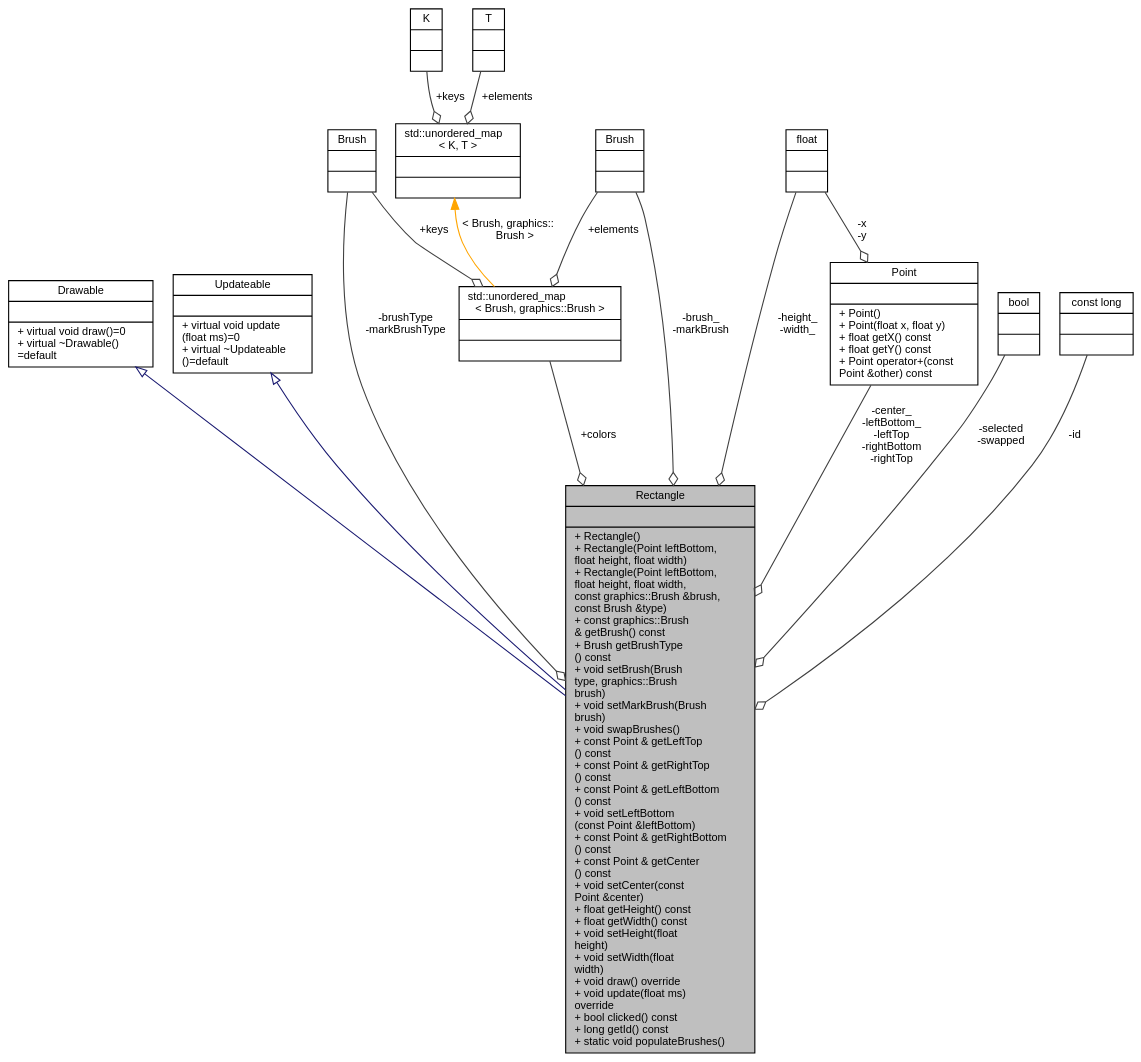
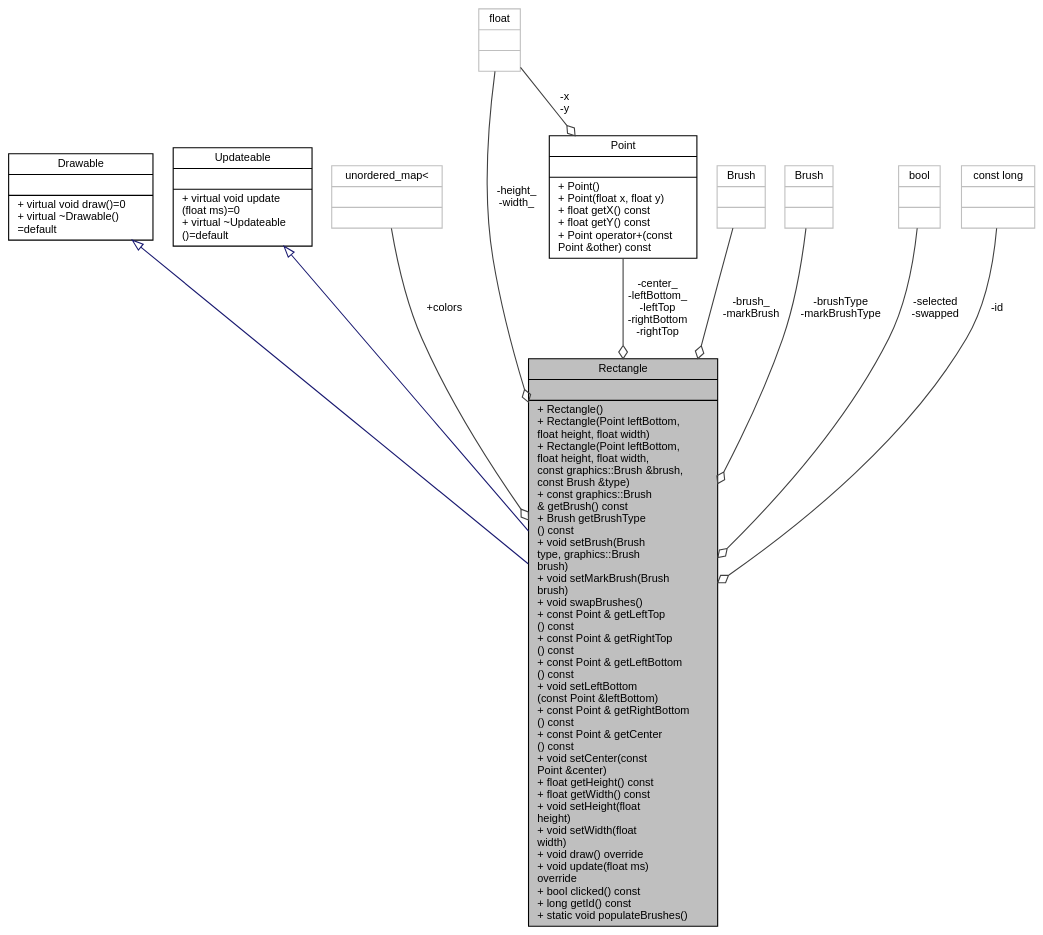
The diagram in db/dea/classRectangle__coll__graph.dot (iliaskap12/chess), drawn with Graphviz before and after one commit. The commit also changed 428 other files, not shown here.

```diff
--- a/db/dea/classRectangle__coll__graph.dot
+++ b/db/dea/classRectangle__coll__graph.dot
@@ -1,35 +1,27 @@
 digraph "Rectangle"
 {
  // LATEX_PDF_SIZE
   bgcolor="transparent";
   edge [fontname="Helvetica",fontsize="10",labelfontname="Helvetica",labelfontsize="10"];
   node [fontname="Helvetica",fontsize="10",shape=record];
   Node1 [label="{Rectangle\n||+  Rectangle()\l+  Rectangle(Point leftBottom,\l float height, float width)\l+  Rectangle(Point leftBottom,\l float height, float width,\l const graphics::Brush &brush,\l const Brush &type)\l+ const graphics::Brush\l & getBrush() const\l+ Brush getBrushType\l() const\l+ void setBrush(Brush\l type, graphics::Brush\l brush)\l+ void setMarkBrush(Brush\l brush)\l+ void swapBrushes()\l+ const Point & getLeftTop\l() const\l+ const Point & getRightTop\l() const\l+ const Point & getLeftBottom\l() const\l+ void setLeftBottom\l(const Point &leftBottom)\l+ const Point & getRightBottom\l() const\l+ const Point & getCenter\l() const\l+ void setCenter(const\l Point &center)\l+ float getHeight() const\l+ float getWidth() const\l+ void setHeight(float\l height)\l+ void setWidth(float\l width)\l+ void draw() override\l+ void update(float ms)\l override\l+ bool clicked() const\l+ long getId() const\l+ static void populateBrushes()\l}",height=0.2,width=0.4,color="black", fillcolor="grey75", style="filled", fontcolor="black",tooltip=" "];
   Node2 -> Node1 [dir="back",color="midnightblue",fontsize="10",style="solid",arrowtail="onormal",fontname="Helvetica"];
   Node2 [label="{Drawable\n||+ virtual void draw()=0\l+ virtual ~Drawable()\l=default\l}",height=0.2,width=0.4,color="black",URL="$de/db8/classDrawable.html",tooltip=" "];
   Node3 -> Node1 [dir="back",color="midnightblue",fontsize="10",style="solid",arrowtail="onormal",fontname="Helvetica"];
   Node3 [label="{Updateable\n||+ virtual void update\l(float ms)=0\l+ virtual ~Updateable\l()=default\l}",height=0.2,width=0.4,color="black",URL="$d2/d7d/classUpdateable.html",tooltip=" "];
   Node4 -> Node1 [color="grey25",fontsize="10",style="solid",label=" +colors" ,arrowhead="odiamond",fontname="Helvetica"];
-  Node4 [label="{std::unordered_map\l\< Brush, graphics::Brush \>\n||}",height=0.2,width=0.4,color="black",tooltip=" "];
-  Node5 -> Node4 [color="grey25",fontsize="10",style="solid",label=" +keys" ,arrowhead="odiamond",fontname="Helvetica"];
-  Node5 [label="{Brush\n||}",height=0.2,width=0.4,color="black",tooltip=" "];
-  Node6 -> Node4 [color="grey25",fontsize="10",style="solid",label=" +elements" ,arrowhead="odiamond",fontname="Helvetica"];
-  Node6 [label="{Brush\n||}",height=0.2,width=0.4,color="black",tooltip=" "];
-  Node7 -> Node4 [dir="back",color="orange",fontsize="10",style="solid",label=" \< Brush, graphics::\lBrush \>" ,fontname="Helvetica"];
-  Node7 [label="{std::unordered_map\l\< K, T \>\n||}",height=0.2,width=0.4,color="black",tooltip=" "];
-  Node8 -> Node7 [color="grey25",fontsize="10",style="solid",label=" +keys" ,arrowhead="odiamond",fontname="Helvetica"];
-  Node8 [label="{K\n||}",height=0.2,width=0.4,color="black",tooltip=" "];
-  Node9 -> Node7 [color="grey25",fontsize="10",style="solid",label=" +elements" ,arrowhead="odiamond",fontname="Helvetica"];
-  Node9 [label="{T\n||}",height=0.2,width=0.4,color="black",tooltip=" "];
-  Node10 -> Node1 [color="grey25",fontsize="10",style="solid",label=" -center_\n-leftBottom_\n-leftTop\n-rightBottom\n-rightTop" ,arrowhead="odiamond",fontname="Helvetica"];
-  Node10 [label="{Point\n||+  Point()\l+  Point(float x, float y)\l+ float getX() const\l+ float getY() const\l+ Point operator+(const\l Point &other) const\l}",height=0.2,width=0.4,color="black",URL="$dc/d4f/classPoint.html",tooltip=" "];
-  Node11 -> Node10 [color="grey25",fontsize="10",style="solid",label=" -x\n-y" ,arrowhead="odiamond",fontname="Helvetica"];
-  Node11 [label="{float\n||}",height=0.2,width=0.4,color="black",tooltip=" "];
-  Node11 -> Node1 [color="grey25",fontsize="10",style="solid",label=" -height_\n-width_" ,arrowhead="odiamond",fontname="Helvetica"];
-  Node6 -> Node1 [color="grey25",fontsize="10",style="solid",label=" -brush_\n-markBrush" ,arrowhead="odiamond",fontname="Helvetica"];
-  Node5 -> Node1 [color="grey25",fontsize="10",style="solid",label=" -brushType\n-markBrushType" ,arrowhead="odiamond",fontname="Helvetica"];
-  Node12 -> Node1 [color="grey25",fontsize="10",style="solid",label=" -selected\n-swapped" ,arrowhead="odiamond",fontname="Helvetica"];
-  Node12 [label="{bool\n||}",height=0.2,width=0.4,color="black",tooltip=" "];
-  Node13 -> Node1 [color="grey25",fontsize="10",style="solid",label=" -id" ,arrowhead="odiamond",fontname="Helvetica"];
-  Node13 [label="{const long\n||}",height=0.2,width=0.4,color="black",tooltip=" "];
+  Node4 [label="{unordered_map\<\n||}",height=0.2,width=0.4,color="grey75",tooltip=" "];
+  Node5 -> Node1 [color="grey25",fontsize="10",style="solid",label=" -center_\n-leftBottom_\n-leftTop\n-rightBottom\n-rightTop" ,arrowhead="odiamond",fontname="Helvetica"];
+  Node5 [label="{Point\n||+  Point()\l+  Point(float x, float y)\l+ float getX() const\l+ float getY() const\l+ Point operator+(const\l Point &other) const\l}",height=0.2,width=0.4,color="black",URL="$dc/d4f/classPoint.html",tooltip=" "];
+  Node6 -> Node5 [color="grey25",fontsize="10",style="solid",label=" -x\n-y" ,arrowhead="odiamond",fontname="Helvetica"];
+  Node6 [label="{float\n||}",height=0.2,width=0.4,color="grey75",tooltip=" "];
+  Node6 -> Node1 [color="grey25",fontsize="10",style="solid",label=" -height_\n-width_" ,arrowhead="odiamond",fontname="Helvetica"];
+  Node7 -> Node1 [color="grey25",fontsize="10",style="solid",label=" -brush_\n-markBrush" ,arrowhead="odiamond",fontname="Helvetica"];
+  Node7 [label="{Brush\n||}",height=0.2,width=0.4,color="grey75",tooltip=" "];
+  Node8 -> Node1 [color="grey25",fontsize="10",style="solid",label=" -brushType\n-markBrushType" ,arrowhead="odiamond",fontname="Helvetica"];
+  Node8 [label="{Brush\n||}",height=0.2,width=0.4,color="grey75",tooltip=" "];
+  Node9 -> Node1 [color="grey25",fontsize="10",style="solid",label=" -selected\n-swapped" ,arrowhead="odiamond",fontname="Helvetica"];
+  Node9 [label="{bool\n||}",height=0.2,width=0.4,color="grey75",tooltip=" "];
+  Node10 -> Node1 [color="grey25",fontsize="10",style="solid",label=" -id" ,arrowhead="odiamond",fontname="Helvetica"];
+  Node10 [label="{const long\n||}",height=0.2,width=0.4,color="grey75",tooltip=" "];
 }
```
